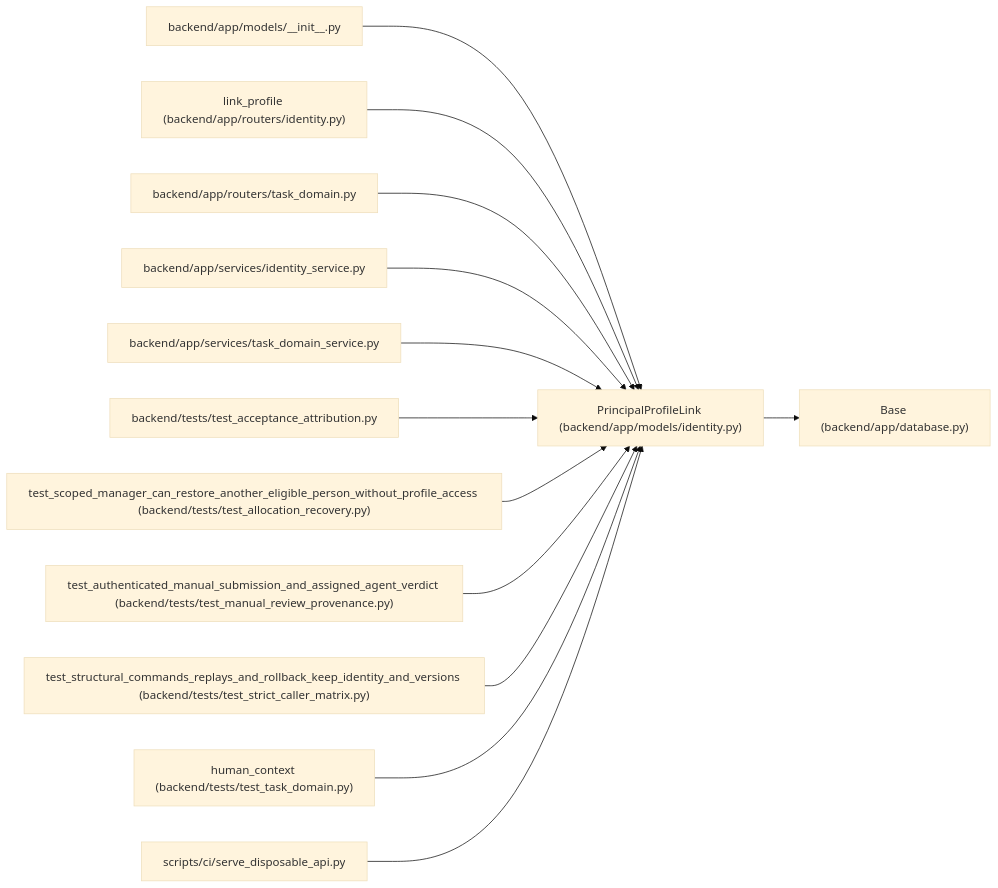
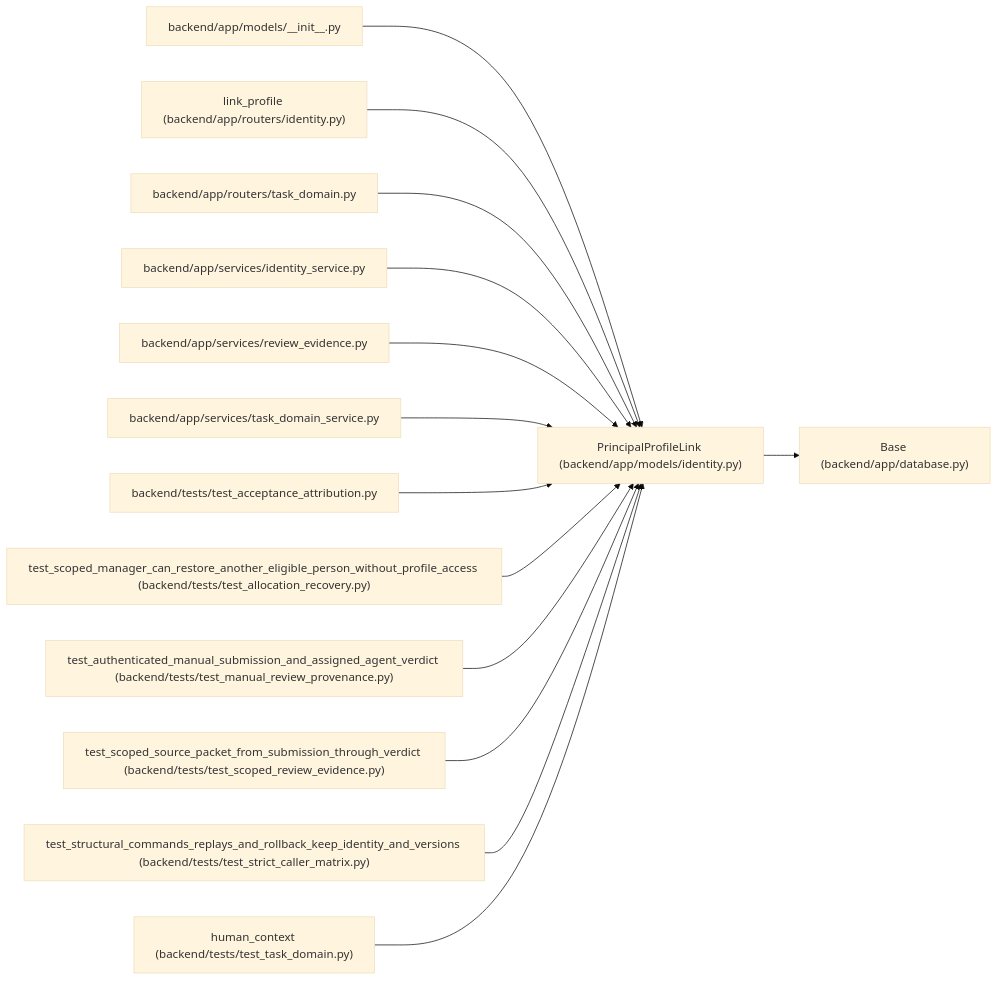
Before and after one commit to Denissvgn/WorkChord: the diagram in docs/llm_wiki/entities/PrincipalProfileLink.md, drawn with Mermaid (base theme). The commit also changed other lines of this file and 891 other files, not shown here.

Commit message:
Document candidate-bound evidence and independent review policy

````diff
--- a/docs/llm_wiki/entities/PrincipalProfileLink.md
+++ b/docs/llm_wiki/entities/PrincipalProfileLink.md
@@ -28,41 +28,44 @@
 ```mermaid
 flowchart LR
     n0["PrincipalProfileLink (backend/app/models/identity.py)"]
     n1["Base (backend/app/database.py)"]
     n2["backend/app/models/__init__.py"]
     n3["link_profile (backend/app/routers/identity.py)"]
     n4["backend/app/routers/task_domain.py"]
     n5["backend/app/services/identity_service.py"]
-    n6["backend/app/services/task_domain_service.py"]
-    n7["backend/tests/test_acceptance_attribution.py"]
-    n8["test_scoped_manager_can_restore_another_eligible_person_without_profile_access (backend/tests/test_allocation_recovery.py)"]
-    n9["test_authenticated_manual_submission_and_assigned_agent_verdict (backend/tests/test_manual_review_provenance.py)"]
-    n10["test_structural_commands_replays_and_rollback_keep_identity_and_versions (backend/tests/test_strict_caller_matrix.py)"]
-    n11["human_context (backend/tests/test_task_domain.py)"]
-    n12["scripts/ci/serve_disposable_api.py"]
+    n6["backend/app/services/review_evidence.py"]
+    n7["backend/app/services/task_domain_service.py"]
+    n8["backend/tests/test_acceptance_attribution.py"]
+    n9["test_scoped_manager_can_restore_another_eligible_person_without_profile_access (backend/tests/test_allocation_recovery.py)"]
+    n10["test_authenticated_manual_submission_and_assigned_agent_verdict (backend/tests/test_manual_review_provenance.py)"]
+    n11["test_scoped_source_packet_from_submission_through_verdict (backend/tests/test_scoped_review_evidence.py)"]
+    n12["test_structural_commands_replays_and_rollback_keep_identity_and_versions (backend/tests/test_strict_caller_matrix.py)"]
+    n13["human_context (backend/tests/test_task_domain.py)"]
     n0 --> n1
     n2 --> n0
     n3 --> n0
     n4 --> n0
     n5 --> n0
     n6 --> n0
     n7 --> n0
     n8 --> n0
     n9 --> n0
     n10 --> n0
     n11 --> n0
     n12 --> n0
+    n13 --> n0
     click n0 "../modules/models_identity.md"
     click n1 "../modules/app_database.md"
     click n2 "../modules/models___init__.md"
     click n3 "../modules/routers_identity.md"
     click n4 "../modules/routers_task_domain.md"
     click n5 "../modules/identity_service.md"
-    click n6 "../modules/task_domain_service.md"
-    click n7 "../modules/test_acceptance_attribution.md"
-    click n8 "../modules/test_allocation_recovery.md"
-    click n9 "../modules/test_manual_review_provenance.md"
-    click n10 "../modules/test_strict_caller_matrix.md"
-    click n11 "../modules/test_task_domain.md"
-    click n12 "../modules/serve_disposable_api.md"
+    click n6 "../modules/services_review_evidence.md"
+    click n7 "../modules/task_domain_service.md"
+    click n8 "../modules/test_acceptance_attribution.md"
+    click n9 "../modules/test_allocation_recovery.md"
+    click n10 "../modules/test_manual_review_provenance.md"
+    click n11 "../modules/test_scoped_review_evidence.md"
+    click n12 "../modules/test_strict_caller_matrix.md"
+    click n13 "../modules/test_task_domain.md"
 ```
````
